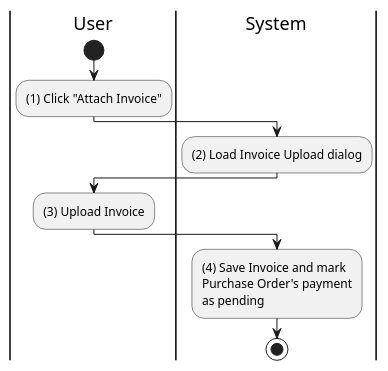
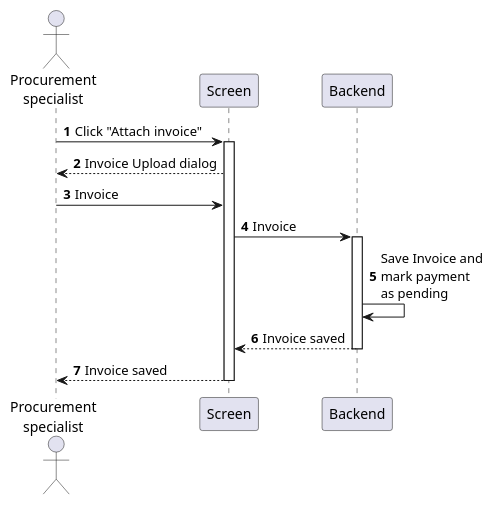
One commit to phihungha/scmss-reqs changed the diagram in sequences/purchase-order-attach-invoice.plantuml. Above: the diagram before and after it, drawn with PlantUML. The commit also changed 14 other files, not shown here.

Commit message:
Finish sequence diagrams for purchase orders and requisitions

```diff
--- a/sequences/purchase-order-attach-invoice.plantuml
+++ b/sequences/purchase-order-attach-invoice.plantuml
@@ -1,20 +1,17 @@
 @startuml purchase-order-attach-invoice
-|u|User
-|s|System
+autonumber
 
-|u|
-start
-:(1) Click "Attach Invoice";
+actor "Procurement\nspecialist" as a
+participant Screen as f
+participant Backend as b
 
-|s|
-:(2) Load Invoice Upload dialog;
-
-|u|
-:(3) Upload Invoice;
-
-|s|
-:(4) Save Invoice and mark
-Purchase Order's payment
-as pending;
-stop
+a -> f : Click "Attach invoice"
+activate f
+f --> a : Invoice Upload dialog
+a -> f : Invoice
+f -> b : Invoice
+activate b
+b -> b : Save Invoice and\nmark payment\nas pending
+return Invoice saved
+return Invoice saved
 @enduml
```
